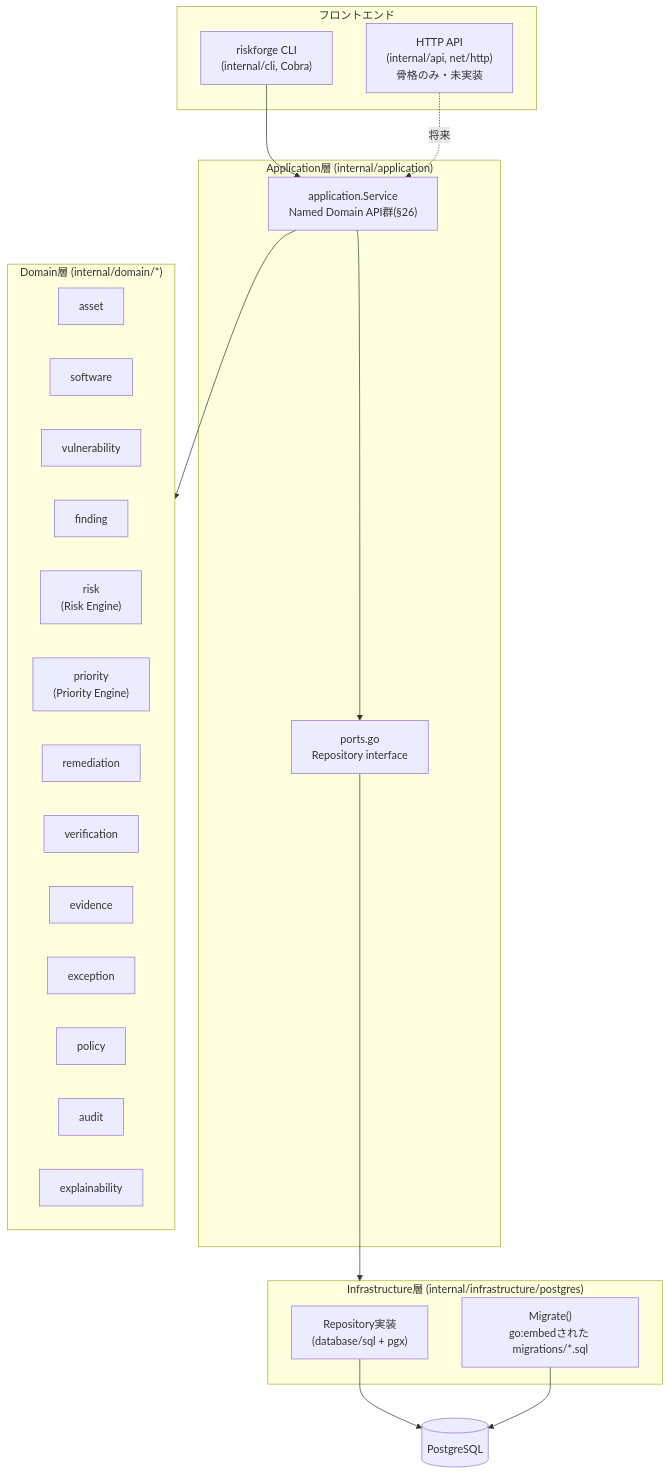
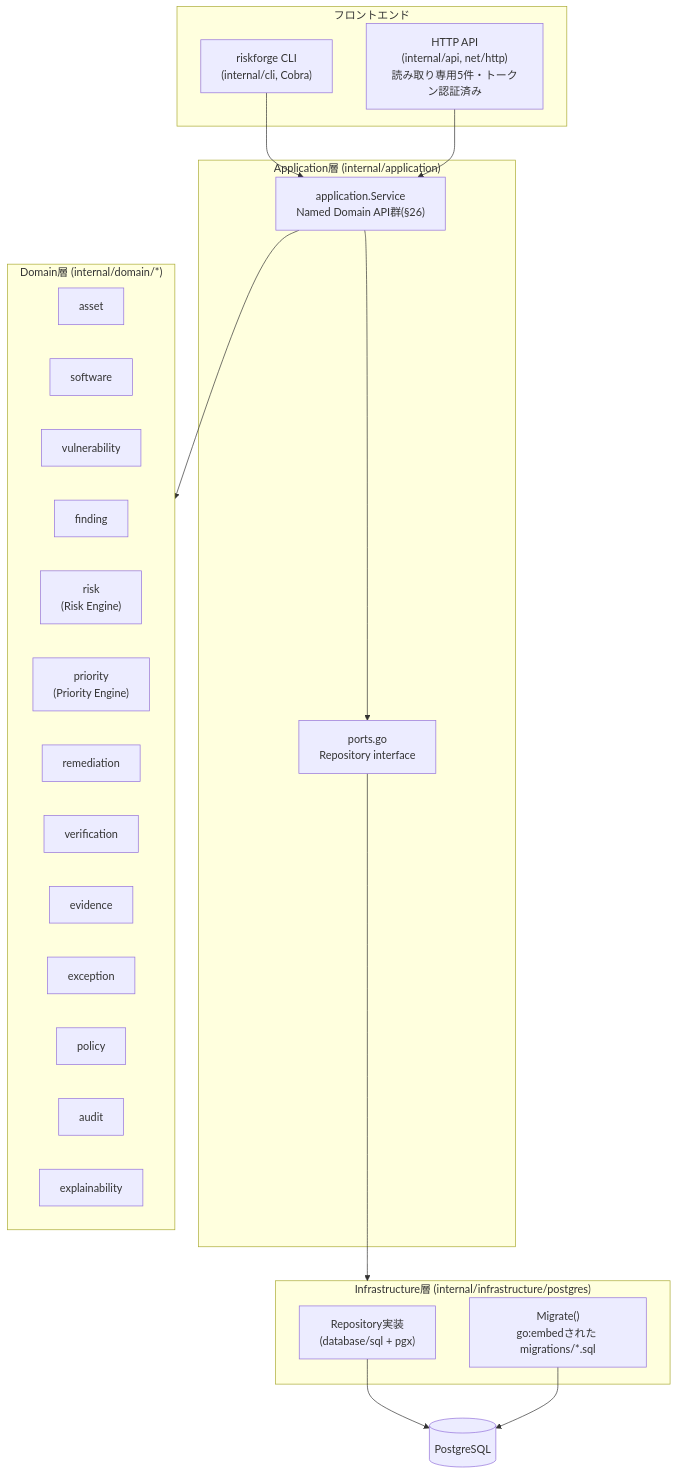
Before and after one commit to ac1965/RiskForge: the first of 10 diagrams in docs/handbook.md, drawn with Mermaid. The commit also changed other lines of this file and 2 other files, not shown here.

````diff
--- a/docs/handbook.md
+++ b/docs/handbook.md
@@ -65,44 +65,44 @@
 ```mermaid
 graph TD
     subgraph FrontEnds["フロントエンド"]
         CLI["riskforge CLI<br/>(internal/cli, Cobra)"]
-        API["HTTP API<br/>(internal/api, net/http)<br/>骨格のみ・未実装"]
+        API["HTTP API<br/>(internal/api, net/http)<br/>読み取り専用5件・トークン認証済み"]
     end
 
     CLI --> Service
-    API -. "将来" .-> Service
+    API --> Service
 
     subgraph App["Application層 (internal/application)"]
         Service["application.Service<br/>Named Domain API群(§26)"]
         Ports["ports.go<br/>Repository interface"]
     end
 
     Service --> Domain
     Service --> Ports
 
     subgraph Domain["Domain層 (internal/domain/*)"]
         Asset[asset]
         Software[software]
         Vulnerability[vulnerability]
         Finding[finding]
         RiskPkg["risk<br/>(Risk Engine)"]
         PriorityPkg["priority<br/>(Priority Engine)"]
         Remediation[remediation]
         Verification[verification]
         Evidence[evidence]
         Exception[exception]
         PolicyPkg[policy]
         Audit[audit]
         Explain[explainability]
     end
 
     Ports --> Infra
 
     subgraph Infra["Infrastructure層 (internal/infrastructure/postgres)"]
         PG["Repository実装<br/>(database/sql + pgx)"]
         Mig["Migrate()<br/>go:embedされた migrations/*.sql"]
     end
 
     PG --> DB[(PostgreSQL)]
     Mig --> DB
 ```
````
